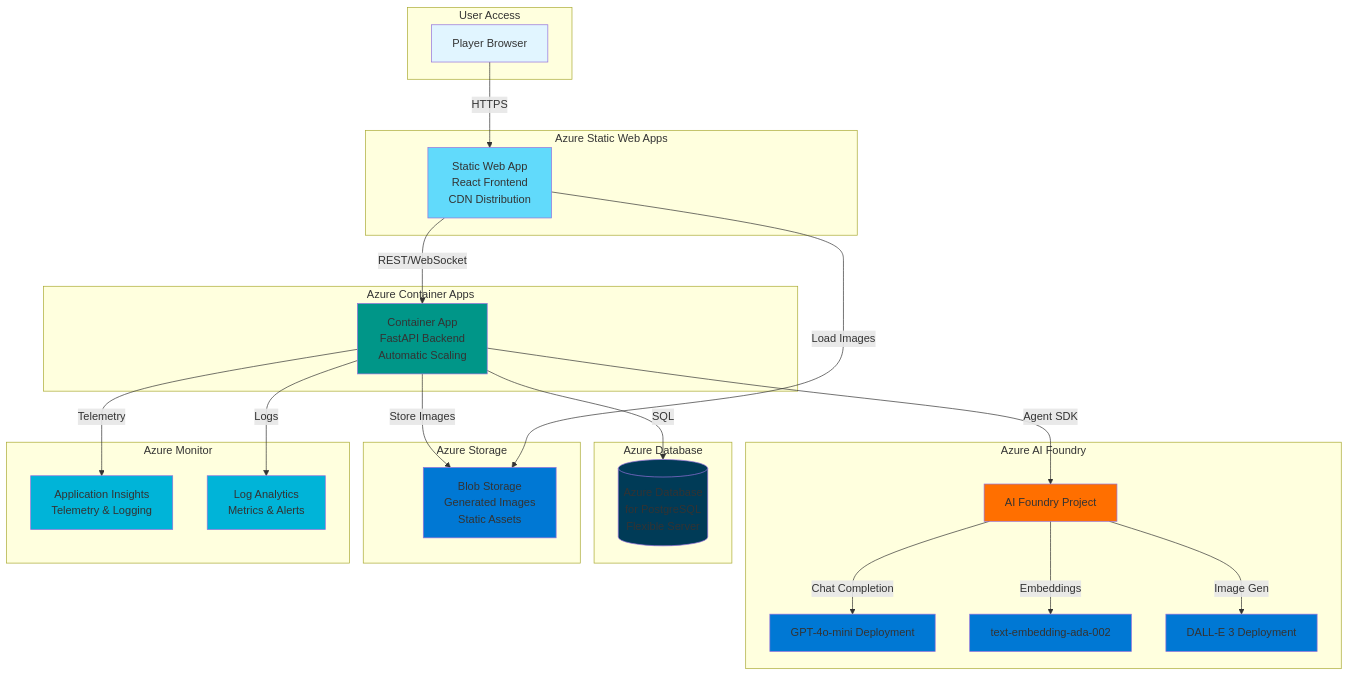
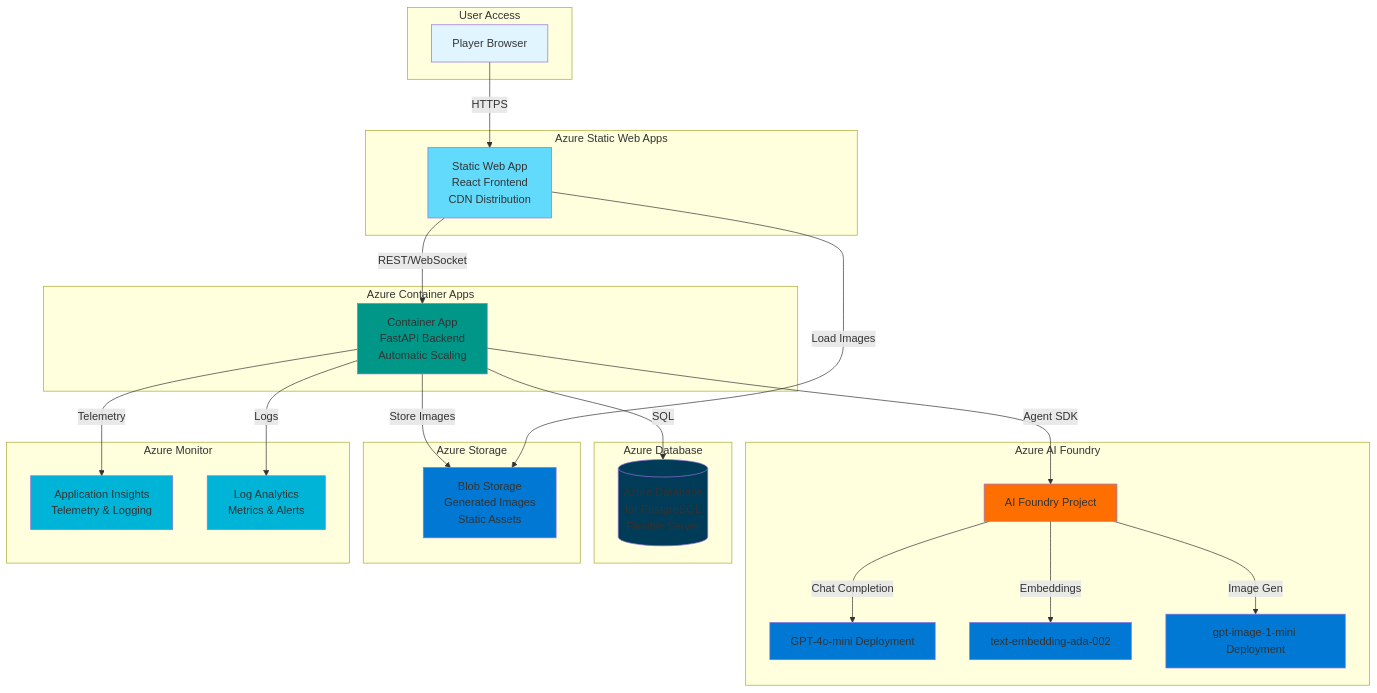
One commit to SecuringTheRealm/str-agentic-adventures changed diagram 16 of 16 in docs/architecture.md. Above: the diagram before and after it, drawn with Mermaid. The commit also changed other lines of this file and 17 other files, not shown here.

First line of the commit message:
fix: migrate from retired DALL-E 3 to gpt-image-1-mini (closes #408)

````diff
--- a/docs/architecture.md
+++ b/docs/architecture.md
@@ -1943,58 +1943,58 @@
 ```mermaid
 graph TB
     subgraph "User Access"
         Browser[Player Browser]
     end
 
     subgraph "Azure Static Web Apps"
         FrontendHost[Static Web App<br/>React Frontend<br/>CDN Distribution]
     end
 
     subgraph "Azure Container Apps"
         BackendContainer[Container App<br/>FastAPI Backend<br/>Automatic Scaling]
     end
 
     subgraph "Azure AI Foundry"
         AIProject[AI Foundry Project]
         GPT4[GPT-4o-mini Deployment]
         Embeddings[text-embedding-ada-002]
-        DALLE[DALL-E 3 Deployment]
+        DALLE[gpt-image-1-mini Deployment]
     end
 
     subgraph "Azure Database"
         PostgreSQL[(Azure Database<br/>for PostgreSQL<br/>Flexible Server)]
     end
 
     subgraph "Azure Storage"
         BlobStorage[Blob Storage<br/>Generated Images<br/>Static Assets]
     end
 
     subgraph "Azure Monitor"
         AppInsights[Application Insights<br/>Telemetry & Logging]
         LogAnalytics[Log Analytics<br/>Metrics & Alerts]
     end
 
     Browser -->|HTTPS| FrontendHost
     FrontendHost -->|REST/WebSocket| BackendContainer
     BackendContainer -->|Agent SDK| AIProject
     AIProject -->|Chat Completion| GPT4
     AIProject -->|Embeddings| Embeddings
     AIProject -->|Image Gen| DALLE
     BackendContainer -->|SQL| PostgreSQL
     BackendContainer -->|Store Images| BlobStorage
     FrontendHost -->|Load Images| BlobStorage
     BackendContainer -->|Telemetry| AppInsights
     BackendContainer -->|Logs| LogAnalytics
 
     style Browser fill:#e1f5ff
     style FrontendHost fill:#61DAFB
     style BackendContainer fill:#009688
     style AIProject fill:#FF6F00
     style GPT4 fill:#0078D4
     style Embeddings fill:#0078D4
     style DALLE fill:#0078D4
     style PostgreSQL fill:#003B57
     style BlobStorage fill:#0078D4
     style AppInsights fill:#00B4D8
     style LogAnalytics fill:#00B4D8
 ```
````
